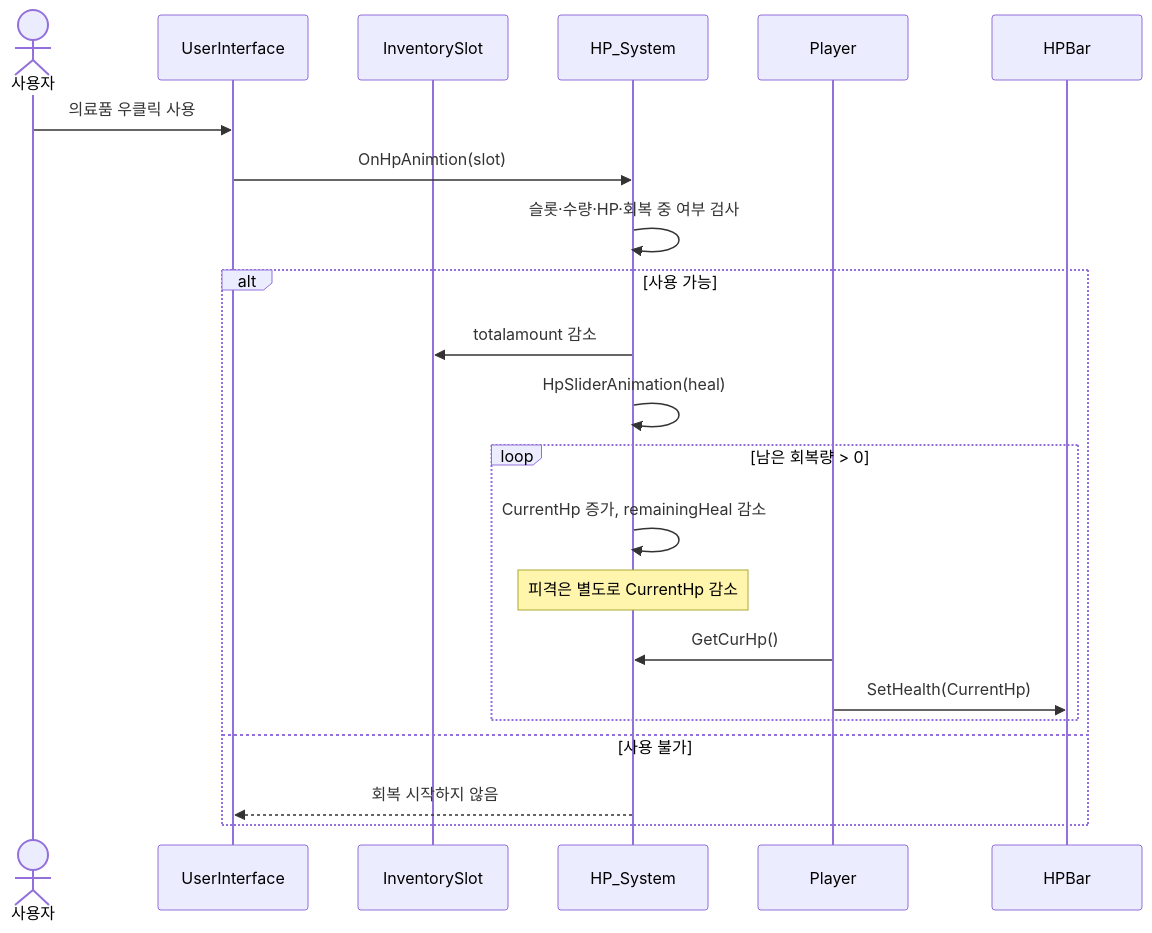
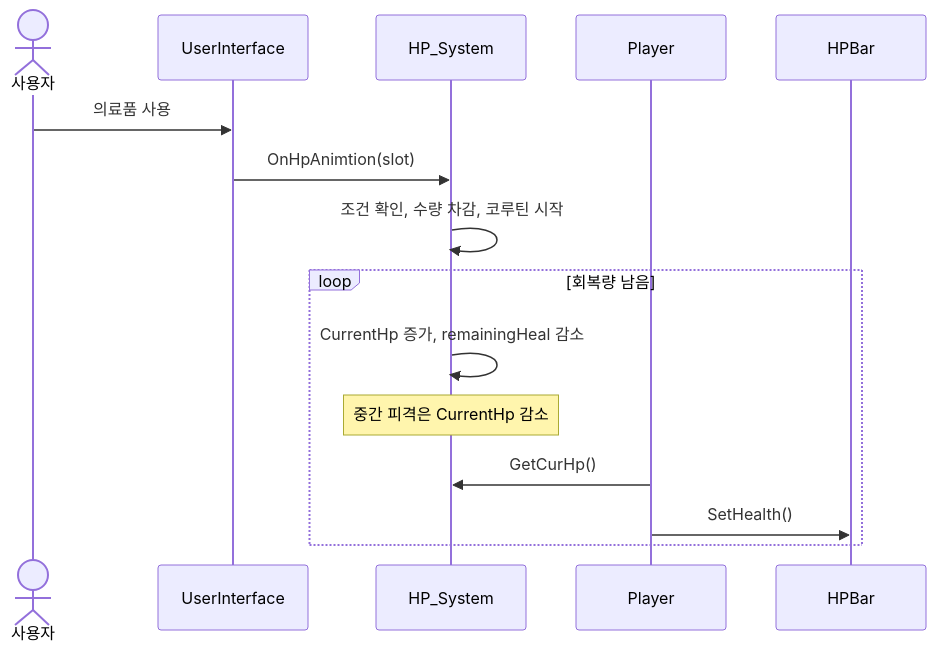
Before and after one commit to youngchan-kim/Developer_Portfolio: the third of 3 diagrams in Unity_fps_project/Project/architecture.md, drawn with Mermaid. The commit also changed other lines of this file and 8 other files, not shown here.

````diff
--- a/Unity_fps_project/Project/architecture.md
+++ b/Unity_fps_project/Project/architecture.md
@@ -177,24 +37,17 @@
 ```mermaid
 sequenceDiagram
-    actor User as 사용자
+    actor U as 사용자
     participant UI as UserInterface
-    participant Slot as InventorySlot
     participant HP as HP_System
     participant P as Player
-    participant Bar as HPBar
-    User->>UI: 의료품 우클릭 사용
+    participant B as HPBar
+    U->>UI: 의료품 사용
     UI->>HP: OnHpAnimtion(slot)
-    HP->>HP: 슬롯·수량·HP·회복 중 여부 검사
-    alt 사용 가능
-        HP->>Slot: totalamount 감소
-        HP->>HP: HpSliderAnimation(heal)
-        loop 남은 회복량 > 0
-            HP->>HP: CurrentHp 증가, remainingHeal 감소
-            Note over HP: 피격은 별도로 CurrentHp 감소
-            P->>HP: GetCurHp()
-            P->>Bar: SetHealth(CurrentHp)
-        end
-    else 사용 불가
-        HP-->>UI: 회복 시작하지 않음
+    HP->>HP: 조건 확인, 수량 차감, 코루틴 시작
+    loop 회복량 남음
+        HP->>HP: CurrentHp 증가, remainingHeal 감소
+        Note over HP: 중간 피격은 CurrentHp 감소
+        P->>HP: GetCurHp()
+        P->>B: SetHealth()
     end
 ```
````
